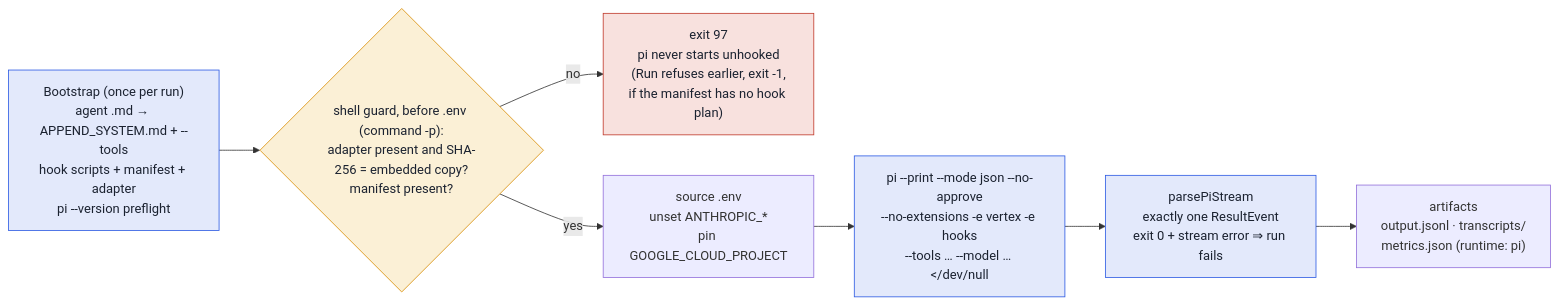
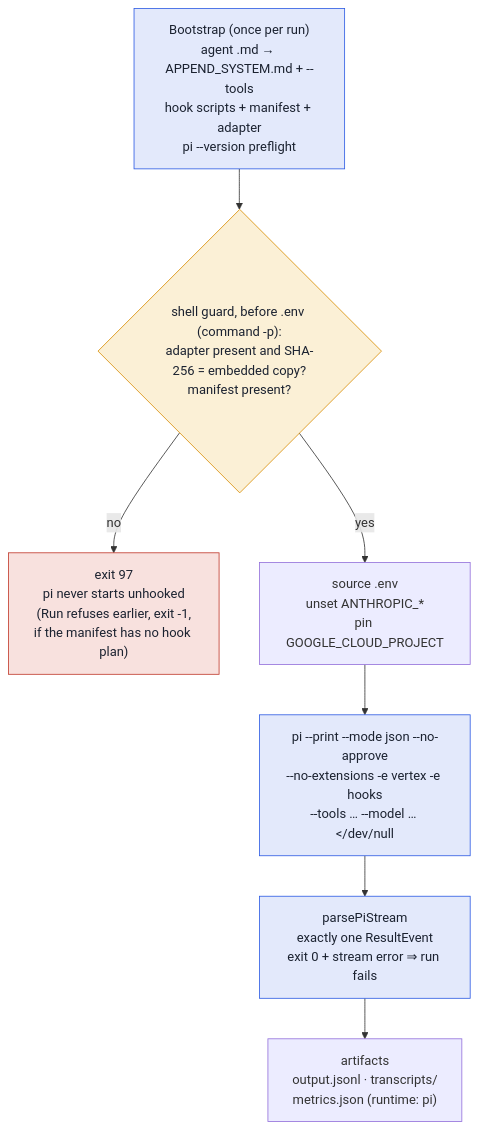
One commit to Benkapner/fullsend changed the third of 3 diagrams in docs/runtimes.md. Above: the diagram before and after it, drawn with Mermaid. The commit also changed other lines of this file and 2 other files, not shown here.

First line of the commit message:
docs(#6464): click-to-enlarge mermaid diagrams; reflow the wide runtime diagrams

````diff
--- a/docs/runtimes.md
+++ b/docs/runtimes.md
@@ -262,19 +267,19 @@
 ```mermaid
-flowchart LR
+flowchart TB
   B["Bootstrap (once per run)\nagent .md → APPEND_SYSTEM.md + --tools\nhook scripts + manifest + adapter\npi --version preflight"]
   G{"shell guard, before .env (command -p):\nadapter present and SHA-256 = embedded copy?\nmanifest present?"}
   X["exit 97\npi never starts unhooked\n(Run refuses earlier, exit -1,\nif the manifest has no hook plan)"]
   E["source .env\nunset ANTHROPIC_*\npin GOOGLE_CLOUD_PROJECT"]
   P["pi --print --mode json --no-approve\n--no-extensions -e vertex -e hooks\n--tools … --model … #lt;/dev/null"]
   S["parsePiStream\nexactly one ResultEvent\nexit 0 + stream error ⇒ run fails"]
   A["artifacts\noutput.jsonl · transcripts/\nmetrics.json (runtime: pi)"]
   B --> G
   G -- no --> X
   G -- yes --> E --> P --> S --> A
   classDef guard fill:#fbf0d6,stroke:#d98e04,color:#1b2230;
   classDef bad fill:#f8e1de,stroke:#c0392b,color:#1b2230;
   classDef opt fill:#e3e9fb,stroke:#2d5be3,color:#1b2230;
   class G guard;
   class X bad;
   class B,P,S opt;
 ```
````
